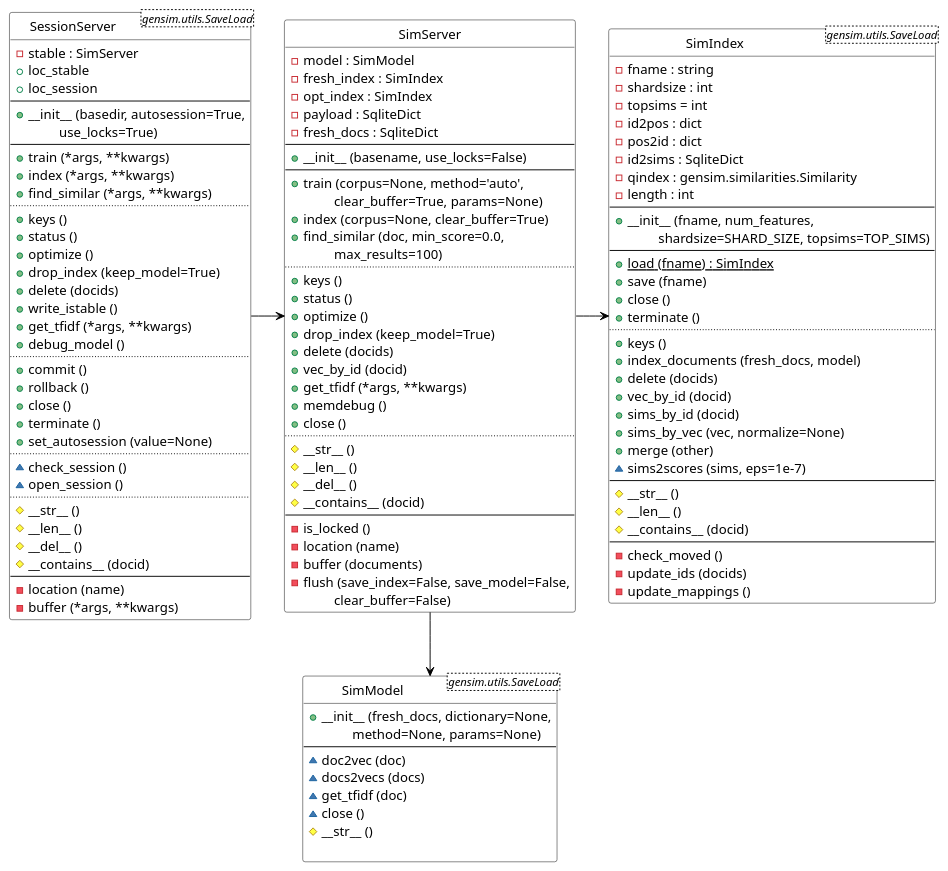
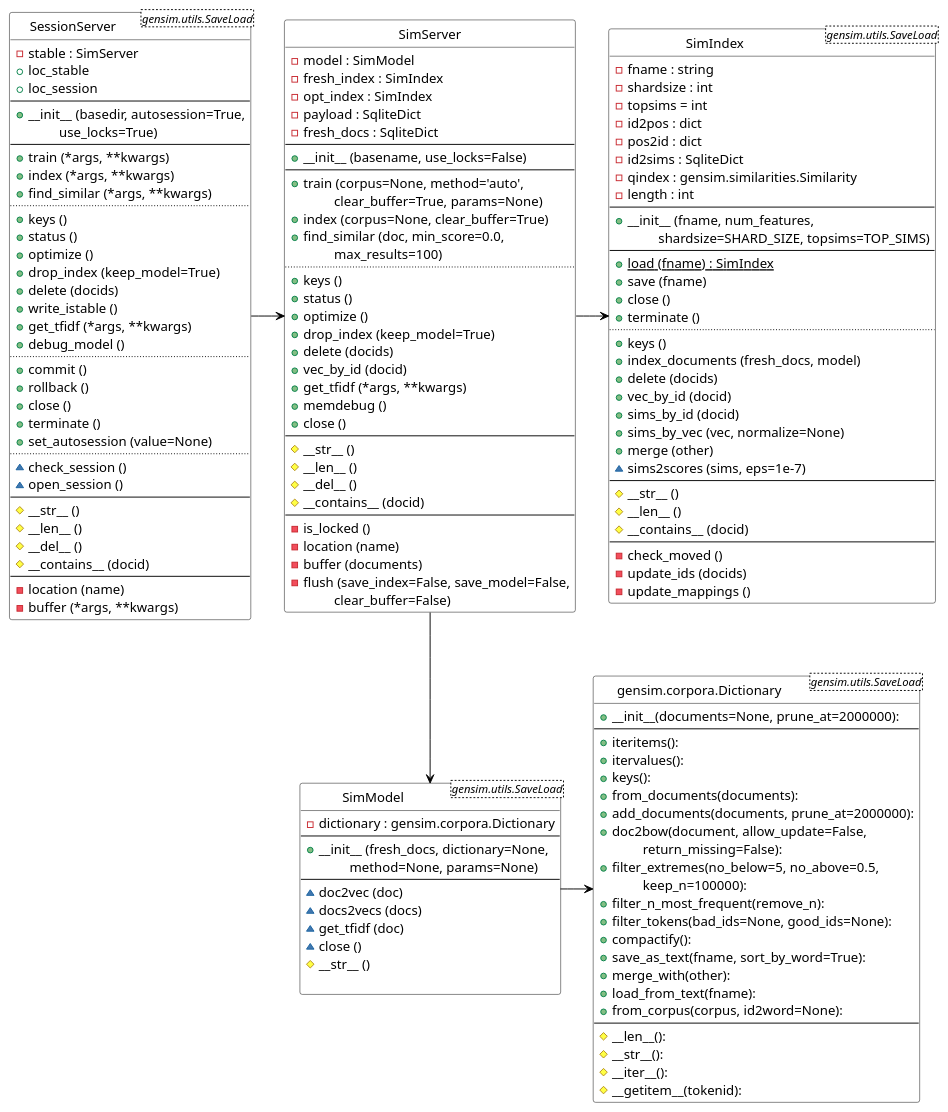
One commit to isleon/gensim-simserver changed the diagram in docs/gensim-server.puml. Above: the diagram before and after it, drawn with PlantUML. The commit also changed 1 other file, not shown here.

```diff
--- a/docs/gensim-server.puml
+++ b/docs/gensim-server.puml
@@ -1,147 +1,177 @@
 @startuml
 
 'skinparam monochrome true
 skinparam classBackgroundColor White
 skinparam classArrowColor Black
 skinparam classBorderColor Black
 skinparam stereotypeCBackgroundColor Gray
 'hide members
 hide circle
 
 class SimIndex <gensim.utils.SaveLoad> {
     -fname : string
     -shardsize : int
     -topsims = int
     -id2pos : dict
     -pos2id : dict
     -id2sims : SqliteDict
     -qindex : gensim.similarities.Similarity
     -length : int
     --
     +__init__ (fname, num_features, 
         \t shardsize=SHARD_SIZE, topsims=TOP_SIMS)
     --
     +{static}load (fname) : SimIndex
     +save (fname)
     +close ()
     +terminate ()
     ..
     +keys ()
     +index_documents (fresh_docs, model)
     +delete (docids)
     +vec_by_id (docid)
     +sims_by_id (docid)
     +sims_by_vec (vec, normalize=None)
     +merge (other)
     ~sims2scores (sims, eps=1e-7)
     --
     #__str__ ()
     #__len__ ()
     #__contains__ (docid)
     --
     -check_moved ()
     -update_ids (docids)
     -update_mappings ()
 }
 
 class SimModel <gensim.utils.SaveLoad> {
+    -dictionary : gensim.corpora.Dictionary
+    --
     +__init__ (fresh_docs, dictionary=None, 
         \t method=None, params=None)
     --
     ~doc2vec (doc)
     ~docs2vecs (docs)
     ~get_tfidf (doc)
     ~close ()
     #__str__ ()
 
 'class IterableCorpus {
 '    #__iter__ ()
 '    #__len__ ()
 '}
 }
+
+class Dictionary as "gensim.corpora.Dictionary" <gensim.utils.SaveLoad> {
+    +__init__(documents=None, prune_at=2000000):
+    --
+    +iteritems():
+    +itervalues():
+    +keys():
+    +from_documents(documents):
+    +add_documents(documents, prune_at=2000000):
+    +doc2bow(document, allow_update=False, 
+        \t return_missing=False):
+    +filter_extremes(no_below=5, no_above=0.5, 
+        \t keep_n=100000):
+    +filter_n_most_frequent(remove_n):
+    +filter_tokens(bad_ids=None, good_ids=None):
+    +compactify():
+    +save_as_text(fname, sort_by_word=True):
+    +merge_with(other):
+    +load_from_text(fname):
+    +from_corpus(corpus, id2word=None):
+    --
+    #__len__():
+    #__str__():
+    #__iter__():
+    #__getitem__(tokenid):
+}
+
+SimModel -r-> Dictionary
 
 class SimServer {
     -model : SimModel
     -fresh_index : SimIndex
     -opt_index : SimIndex
     -payload : SqliteDict
     -fresh_docs : SqliteDict
     --
     +__init__ (basename, use_locks=False)
     --
     +train (corpus=None, method='auto', 
         \t clear_buffer=True, params=None)
     +index (corpus=None, clear_buffer=True)
     +find_similar (doc, min_score=0.0, 
         \t max_results=100)
     ..
     +keys ()
     +status ()
     +optimize ()
     +drop_index (keep_model=True)
     +delete (docids)
     +vec_by_id (docid)
     +get_tfidf (*args, **kwargs)
     +memdebug ()
     +close ()
-    ..
+    --
     #__str__ ()
     #__len__ ()
     #__del__ ()
     #__contains__ (docid)
     --
     -is_locked ()
     -location (name)
     -buffer (documents)
     -flush (save_index=False, save_model=False, 
         \t clear_buffer=False)
 }
 
 class SessionServer <gensim.utils.SaveLoad> {
     -stable : SimServer
     +loc_stable
     +loc_session
     --
     +__init__ (basedir, autosession=True, 
         \t use_locks=True)
     --
     +train (*args, **kwargs)
     +index (*args, **kwargs)
     +find_similar (*args, **kwargs)
     ..
     +keys ()
     +status ()
     +optimize ()
     +drop_index (keep_model=True)
     +delete (docids)
     +write_istable ()
     +get_tfidf (*args, **kwargs)
     +debug_model ()
     ..
     +commit ()
     +rollback ()
     +close ()
     +terminate ()
     +set_autosession (value=None)
     ..
     ~check_session ()
     ~open_session ()
-    ..
+    --
     #__str__ ()
     #__len__ ()
     #__del__ ()
     #__contains__ (docid)
     --
     -location (name)
     -buffer (*args, **kwargs)
 }
 
 SessionServer -r-> SimServer
 SimServer -r-> SimIndex
 SimServer -d-> SimModel
 
 'SimIndex -u-|> gensim.utils.SaveLoad
 'SimModel -r-|> gensim.utils.SaveLoad
 'SessionServer -u-|> gensim.utils.SaveLoad
 
 @enduml
```
